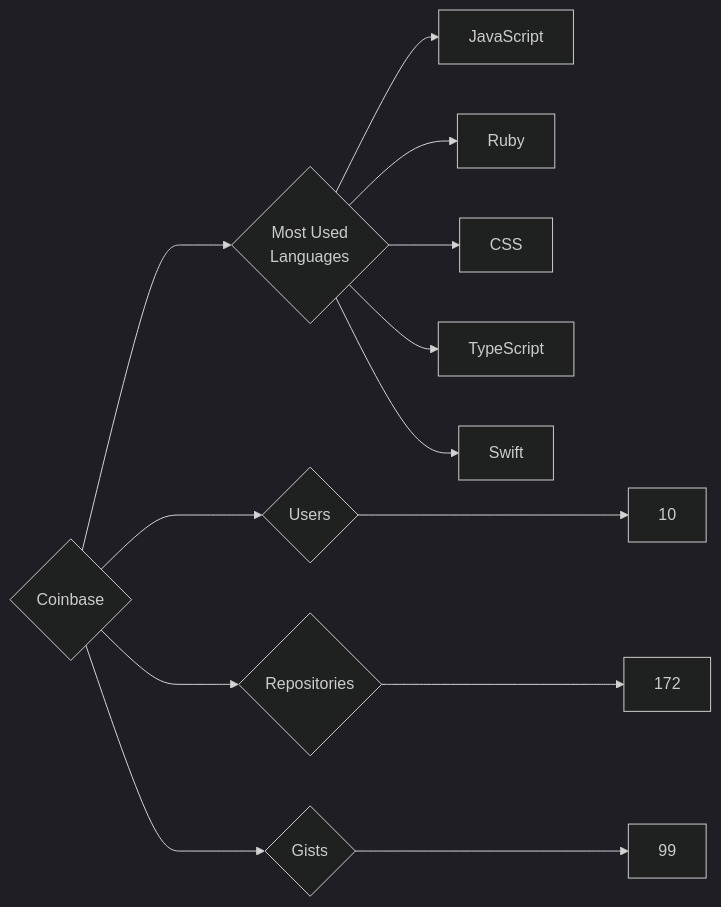
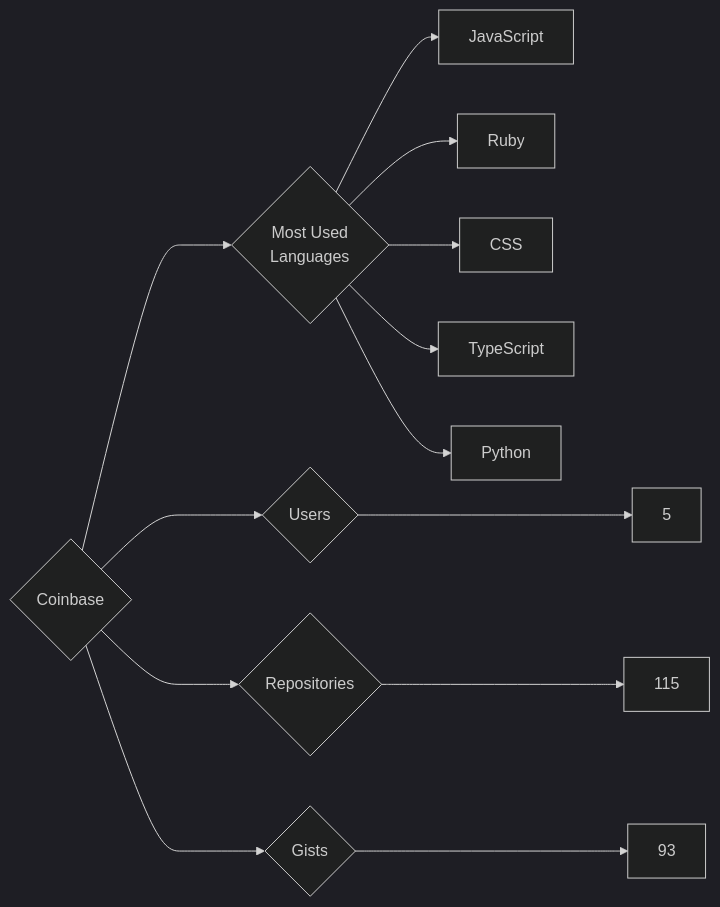
The diagram in targets/Coinbase/README.md (trickest/insiders), drawn with Mermaid (dark theme) before and after one commit. The commit also changed 860 other files, not shown here.

````diff
--- a/targets/Coinbase/README.md
+++ b/targets/Coinbase/README.md
@@ -3,13 +3,13 @@
 ```mermaid
 graph LR
 COMPANY_NAME{Coinbase}
-COMPANY_NAME ---> U{Users} ---> UN[10]
-COMPANY_NAME ---> R{Repositories} ---> RN[172]
-COMPANY_NAME ---> G{Gists} ---> GN[99]
+COMPANY_NAME ---> U{Users} ---> UN[5]
+COMPANY_NAME ---> R{Repositories} ---> RN[115]
+COMPANY_NAME ---> G{Gists} ---> GN[93]
 COMPANY_NAME ---> ML{Most Used<br>Languages}
 ML --> JavaScript[JavaScript]
 ML --> Ruby[Ruby]
 ML --> CSS[CSS]
 ML --> TypeScript[TypeScript]
-ML --> Swift[Swift]
+ML --> Python[Python]
 ```
````
